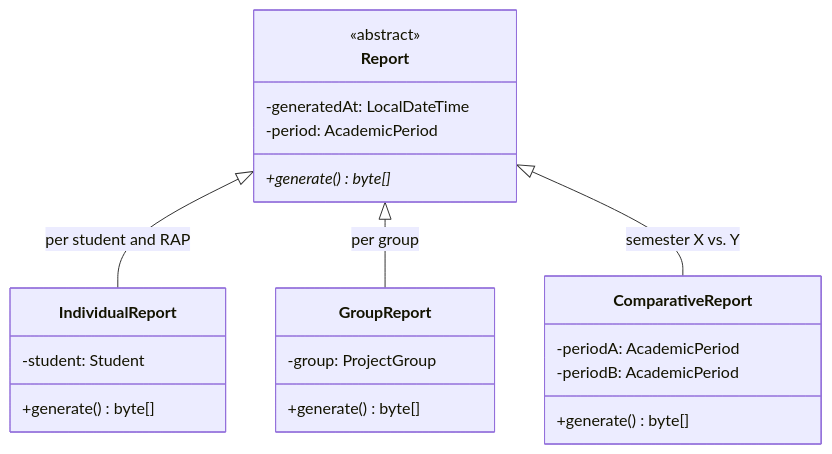
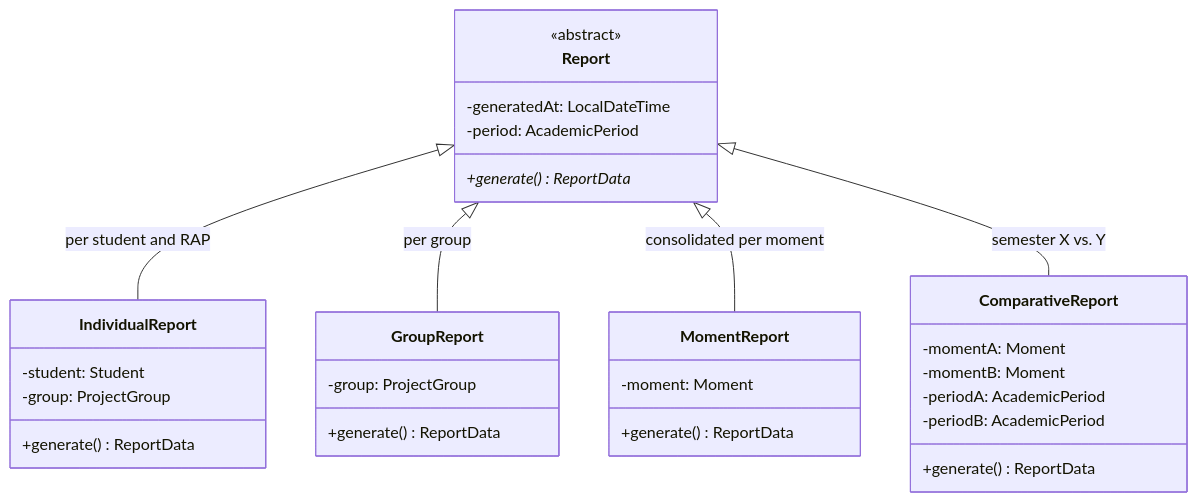
The second of 6 diagrams in docs/diagramas/diagrama_jerarquias.md (Oskarsito7/SIERAP), drawn with Mermaid before and after one commit. The commit also changed 6 other files, not shown here.

````diff
--- a/docs/diagramas/diagrama_jerarquias.md
+++ b/docs/diagramas/diagrama_jerarquias.md
@@ -101,26 +101,34 @@
 ```mermaid
 classDiagram
 direction BT
 class Report {
   <<abstract>>
   -generatedAt: LocalDateTime
   -period: AcademicPeriod
-  +generate()* byte[]
+  +generate()* ReportData
 }
 class IndividualReport {
   -student: Student
-  +generate() byte[]
+  -group: ProjectGroup
+  +generate() ReportData
 }
 class GroupReport {
   -group: ProjectGroup
-  +generate() byte[]
+  +generate() ReportData
+}
+class MomentReport {
+  -moment: Moment
+  +generate() ReportData
 }
 class ComparativeReport {
+  -momentA: Moment
+  -momentB: Moment
   -periodA: AcademicPeriod
   -periodB: AcademicPeriod
-  +generate() byte[]
+  +generate() ReportData
 }
 IndividualReport --|> Report : per student and RAP
 GroupReport --|> Report : per group
+MomentReport --|> Report : consolidated per moment
 ComparativeReport --|> Report : semester X vs. Y
 ```
````
